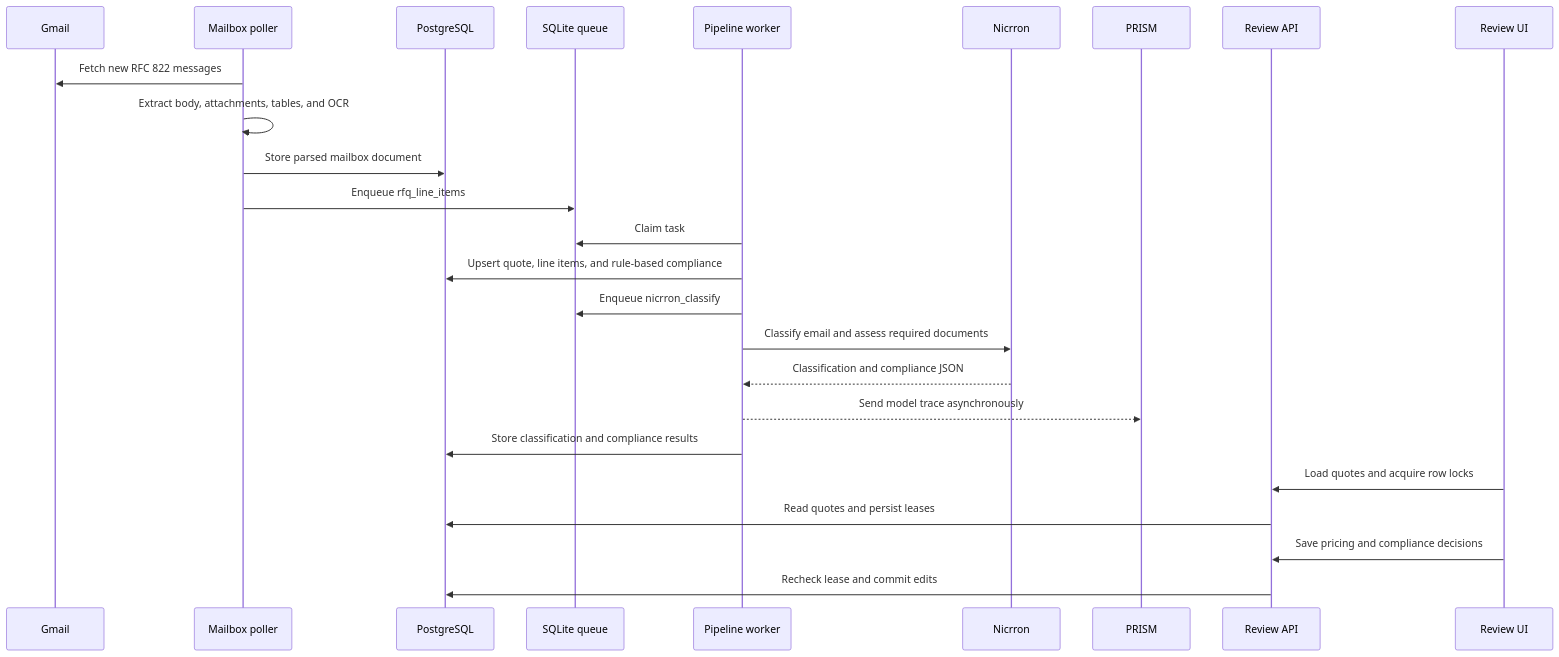
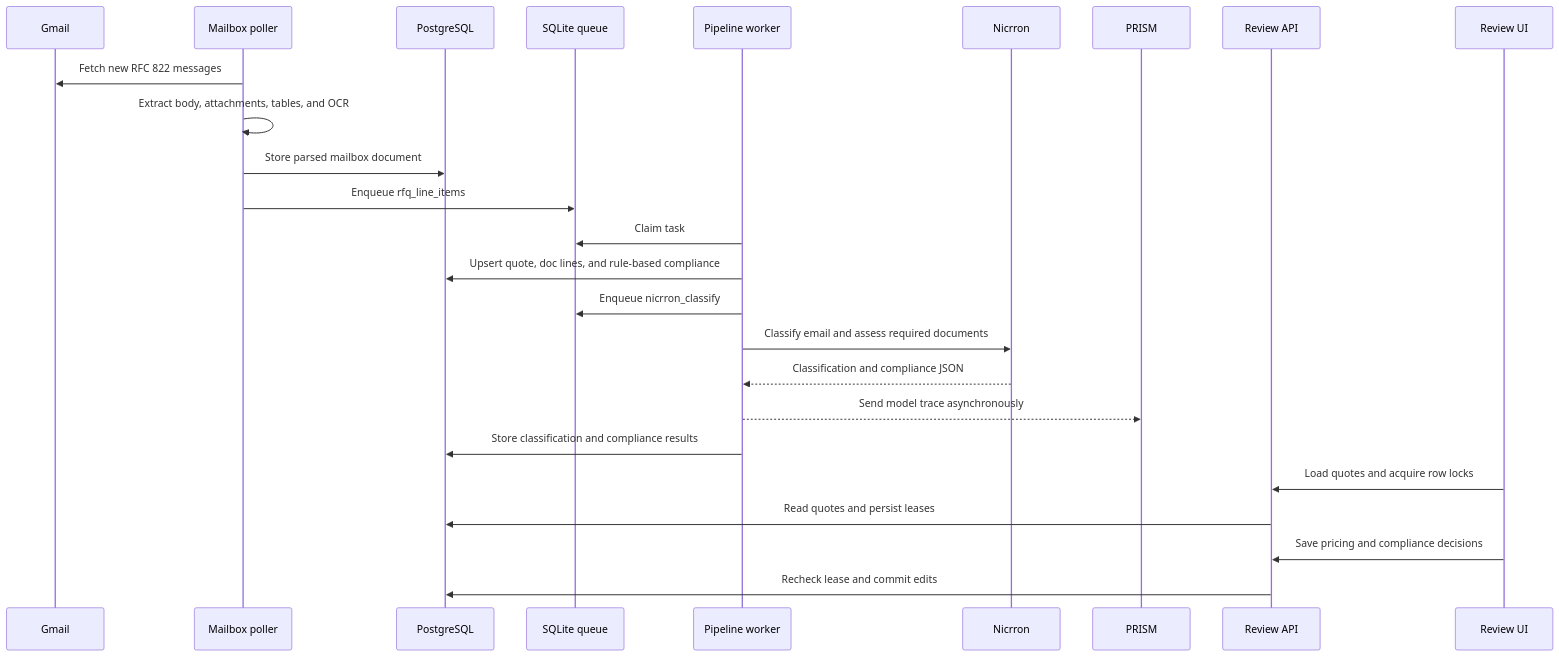
Before and after one commit to IamJasonBian/columbia-hackathon: the second of 3 diagrams in README.md, drawn with Mermaid. The commit also changed other lines of this file and 121 other files, not shown here.

````diff
--- a/README.md
+++ b/README.md
@@ -40,28 +41,28 @@
 ```mermaid
 sequenceDiagram
     participant G as Gmail
     participant P as Mailbox poller
     participant DB as PostgreSQL
     participant Q as SQLite queue
     participant W as Pipeline worker
     participant N as Nicrron
     participant O as PRISM
     participant A as Review API
     participant U as Review UI
 
     P->>G: Fetch new RFC 822 messages
     P->>P: Extract body, attachments, tables, and OCR
     P->>DB: Store parsed mailbox document
     P->>Q: Enqueue rfq_line_items
     W->>Q: Claim task
-    W->>DB: Upsert quote, line items, and rule-based compliance
+    W->>DB: Upsert quote, doc lines, and rule-based compliance
     W->>Q: Enqueue nicrron_classify
     W->>N: Classify email and assess required documents
     N-->>W: Classification and compliance JSON
     W-->>O: Send model trace asynchronously
     W->>DB: Store classification and compliance results
     U->>A: Load quotes and acquire row locks
     A->>DB: Read quotes and persist leases
     U->>A: Save pricing and compliance decisions
     A->>DB: Recheck lease and commit edits
 ```
````
